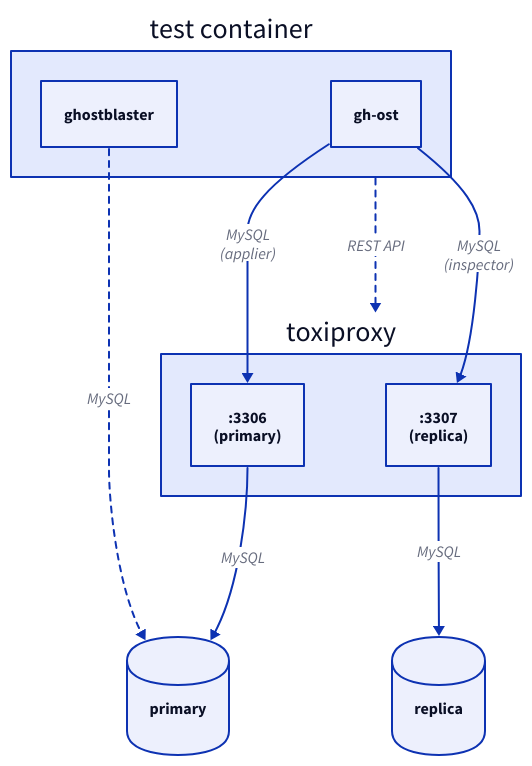
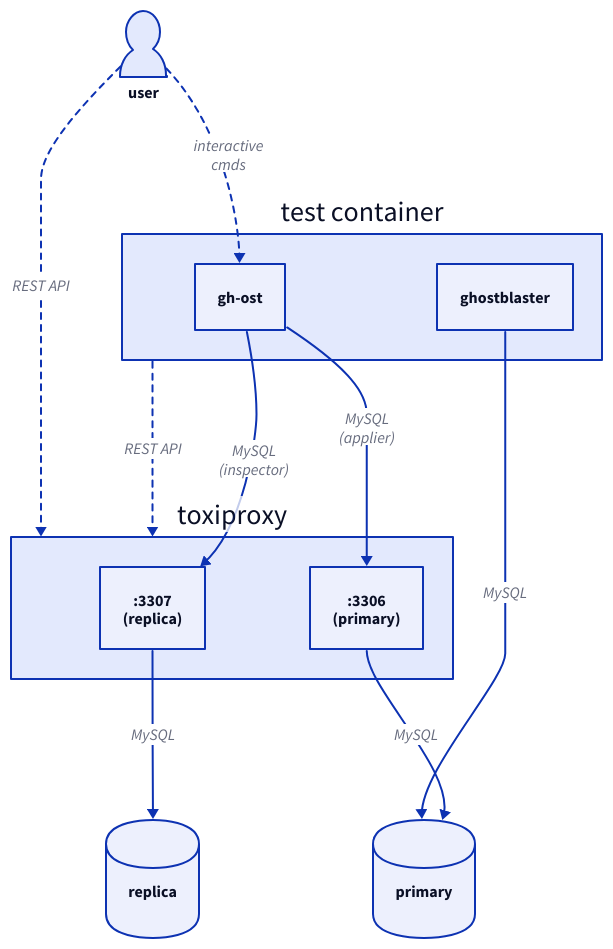
The diagram in docs/ghostbuster.d2 (timvaillancourt/ghostbuster), drawn with D2 before and after one commit. The commit also changed 3 other files, not shown here.

```diff
--- a/docs/ghostbuster.d2
+++ b/docs/ghostbuster.d2
@@ -1,28 +1,36 @@
 ghostbuster: test container {
   ghostblaster: ghostblaster
   gh-ost: gh-ost
 }
 
 toxiproxy: {
   primary: :3306\n(primary)
   replica: :3307\n(replica)
+}
+
+user: {
+  shape: person
+}
+user -> ghostbuster.gh-ost: interactive\ncmds {
+  style.stroke-dash: 3
+}
+user -> toxiproxy: REST API {
+  style.stroke-dash: 3
 }
 
 ghostbuster -> toxiproxy: REST API {
   style.stroke-dash: 3
 }
 ghostbuster.gh-ost -> toxiproxy.primary: MySQL\n(applier)
 ghostbuster.gh-ost -> toxiproxy.replica: MySQL\n(inspector)
 
 primary: {
   shape: cylinder
 }
 replica: {
   shape: cylinder
 }
 
-ghostbuster.ghostblaster -> primary: MySQL {
-  style.stroke-dash: 3
-}
+ghostbuster.ghostblaster -> primary: MySQL
 toxiproxy.primary -> primary: MySQL
 toxiproxy.replica -> replica: MySQL
```
